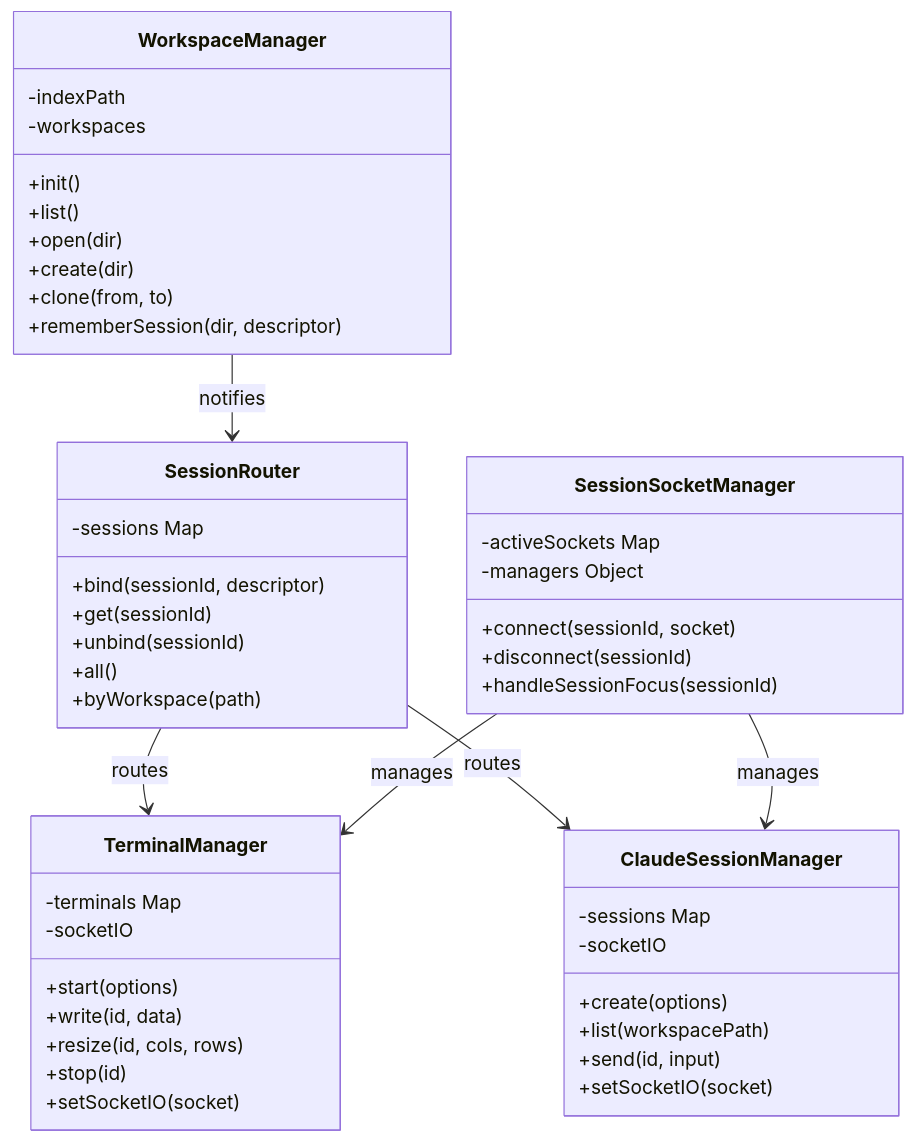
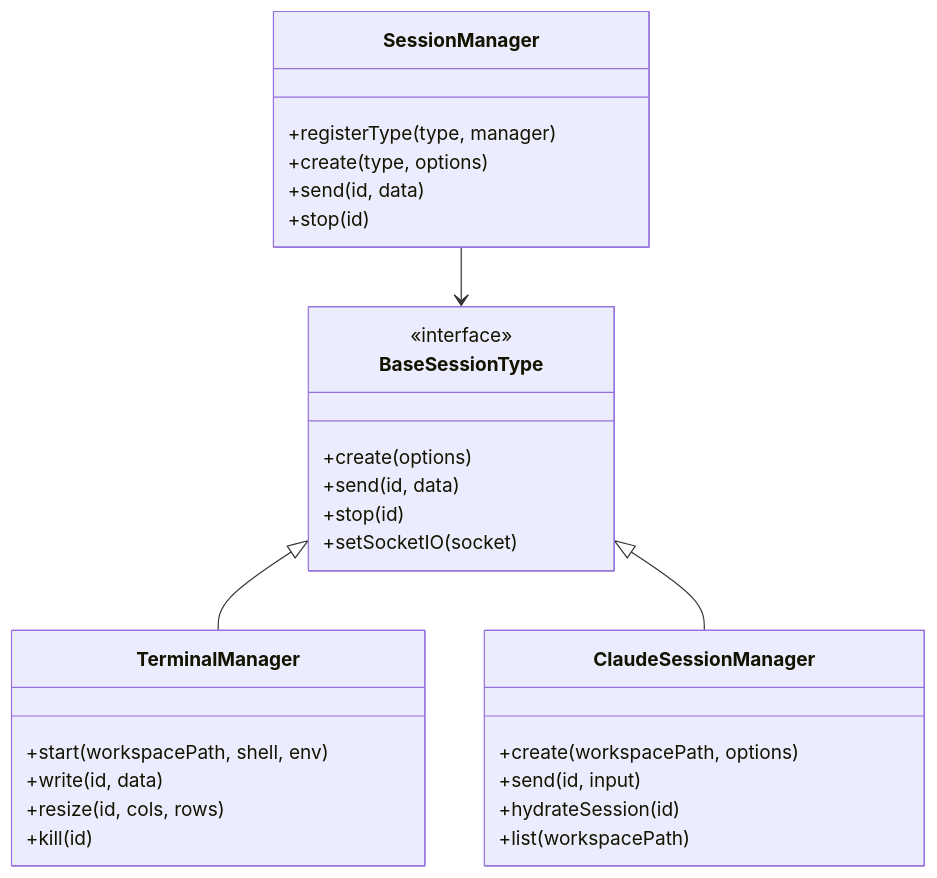
The fifth of 13 diagrams in docs/ARCHITECTURE.md (fwdslsh/dispatch), drawn with Mermaid before and after one commit. The commit also changed other lines of this file and 39 other files, not shown here.

First line of the commit message:
Add unit and integration tests for Socket.IO session status and command refresh handlers

````diff
--- a/docs/ARCHITECTURE.md
+++ b/docs/ARCHITECTURE.md
@@ -116,55 +335,35 @@
 ```mermaid
 classDiagram
-    class WorkspaceManager {
-        +init()
-        +list()
-        +open(dir)
-        +create(dir)
-        +clone(from, to)
-        +rememberSession(dir, descriptor)
-        -indexPath
-        -workspaces
+    class SessionManager {
+        +registerType(type, manager)
+        +create(type, options)
+        +send(id, data)
+        +stop(id)
     }
-
-    class SessionRouter {
-        +bind(sessionId, descriptor)
-        +get(sessionId)
-        +unbind(sessionId)
-        +all()
-        +byWorkspace(path)
-        -sessions Map
+    
+    class BaseSessionType {
+        <<interface>>
+        +create(options)
+        +send(id, data)
+        +stop(id)
+        +setSocketIO(socket)
     }
-
+    
     class TerminalManager {
-        +start(options)
+        +start(workspacePath, shell, env)
         +write(id, data)
         +resize(id, cols, rows)
-        +stop(id)
-        +setSocketIO(socket)
-        -terminals Map
-        -socketIO
+        +kill(id)
     }
-
+    
     class ClaudeSessionManager {
-        +create(options)
+        +create(workspacePath, options)
+        +send(id, input)
+        +hydrateSession(id)
         +list(workspacePath)
-        +send(id, input)
-        +setSocketIO(socket)
-        -sessions Map
-        -socketIO
     }
-
-    class SessionSocketManager {
-        +connect(sessionId, socket)
-        +disconnect(sessionId)
-        +handleSessionFocus(sessionId)
-        -activeSockets Map
-        -managers Object
-    }
-
-    WorkspaceManager --> SessionRouter : notifies
-    SessionRouter --> TerminalManager : routes
-    SessionRouter --> ClaudeSessionManager : routes
-    SessionSocketManager --> TerminalManager : manages
-    SessionSocketManager --> ClaudeSessionManager : manages
+    
+    SessionManager --> BaseSessionType
+    BaseSessionType <|-- TerminalManager
+    BaseSessionType <|-- ClaudeSessionManager
 ```
````
